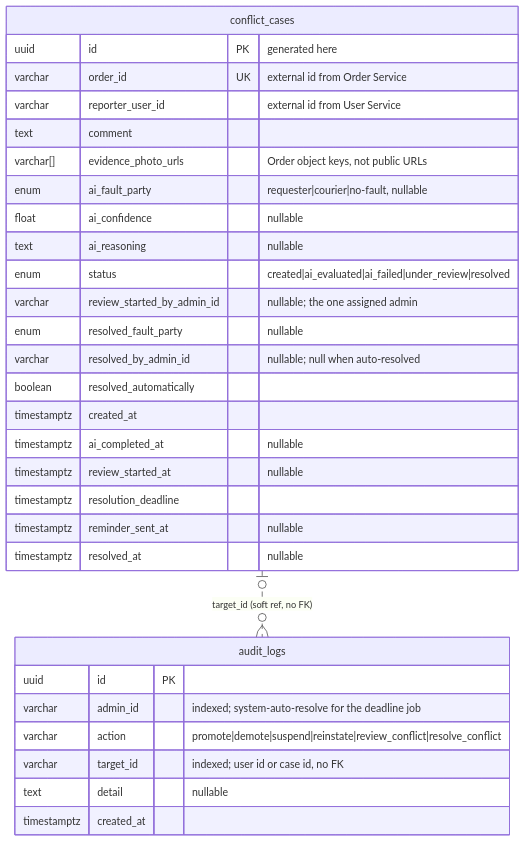
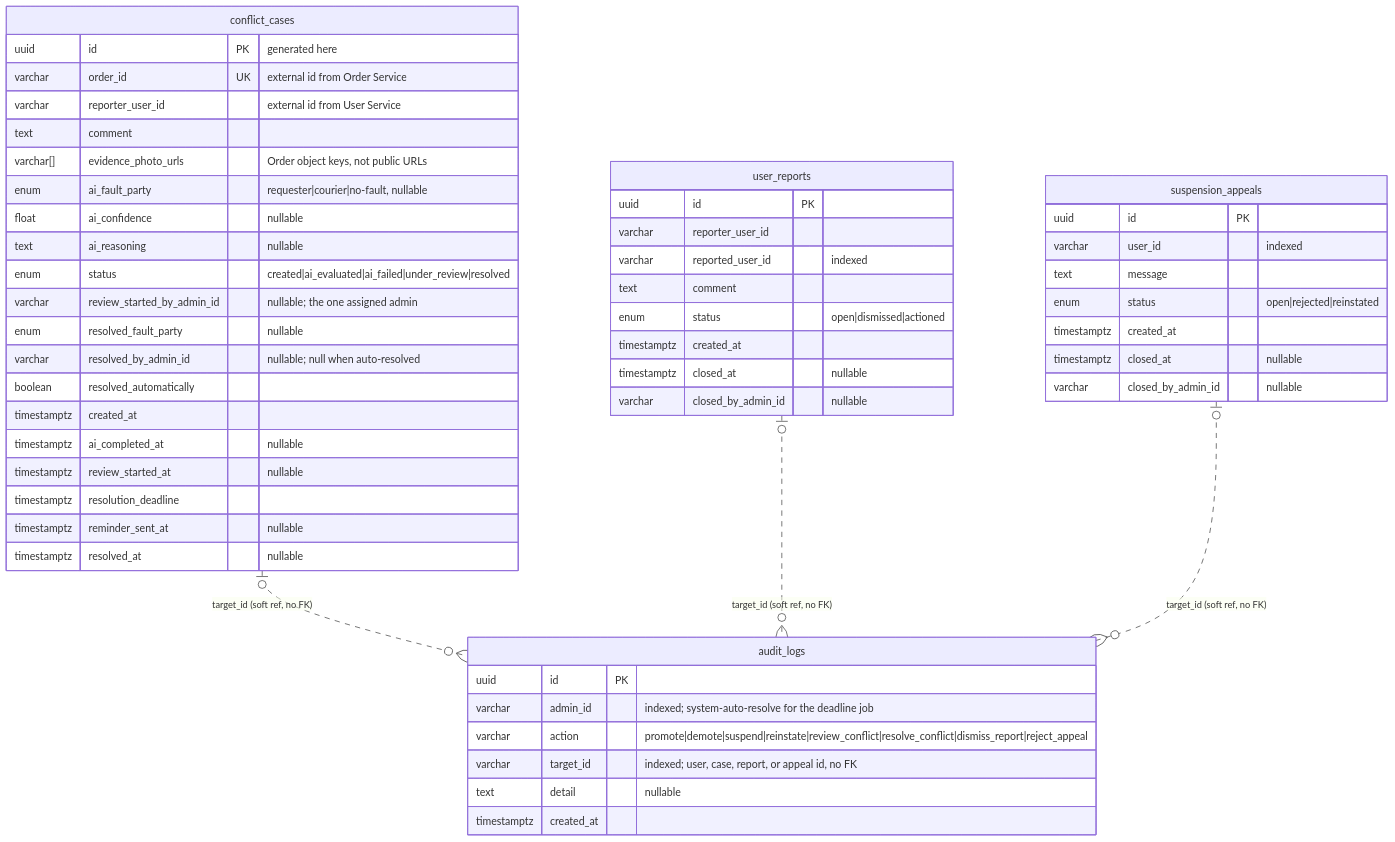
One commit to junngithub/AY2627S1-CS3219-P15 changed the diagram in admin-service/docs/schema.md. Above: the diagram before and after it, drawn with Mermaid. The commit also changed other lines of this file and 12 other files, not shown here.

Commit message:
Implement user suspension appeal

````diff
--- a/admin-service/docs/schema.md
+++ b/admin-service/docs/schema.md
@@ -50,35 +54,58 @@
 ```mermaid
 erDiagram
     conflict_cases |o..o{ audit_logs : "target_id (soft ref, no FK)"
+    user_reports |o..o{ audit_logs : "target_id (soft ref, no FK)"
+    suspension_appeals |o..o{ audit_logs : "target_id (soft ref, no FK)"
 
     conflict_cases {
         uuid        id                          PK "generated here"
         varchar     order_id                    UK "external id from Order Service"
         varchar     reporter_user_id               "external id from User Service"
         text        comment
         varchar[]   evidence_photo_urls            "Order object keys, not public URLs"
         enum        ai_fault_party                 "requester|courier|no-fault, nullable"
         float       ai_confidence                  "nullable"
         text        ai_reasoning                   "nullable"
         enum        status                         "created|ai_evaluated|ai_failed|under_review|resolved"
         varchar     review_started_by_admin_id     "nullable; the one assigned admin"
         enum        resolved_fault_party           "nullable"
         varchar     resolved_by_admin_id           "nullable; null when auto-resolved"
         boolean     resolved_automatically
         timestamptz created_at
         timestamptz ai_completed_at                "nullable"
         timestamptz review_started_at              "nullable"
         timestamptz resolution_deadline
         timestamptz reminder_sent_at               "nullable"
         timestamptz resolved_at                    "nullable"
     }
 
     audit_logs {
         uuid        id            PK
         varchar     admin_id         "indexed; system-auto-resolve for the deadline job"
-        varchar     action           "promote|demote|suspend|reinstate|review_conflict|resolve_conflict"
-        varchar     target_id        "indexed; user id or case id, no FK"
+        varchar     action           "promote|demote|suspend|reinstate|review_conflict|resolve_conflict|dismiss_report|reject_appeal"
+        varchar     target_id        "indexed; user, case, report, or appeal id, no FK"
         text        detail           "nullable"
         timestamptz created_at
     }
+
+    user_reports {
+        uuid        id                   PK
+        varchar     reporter_user_id
+        varchar     reported_user_id        "indexed"
+        text        comment
+        enum        status                  "open|dismissed|actioned"
+        timestamptz created_at
+        timestamptz closed_at               "nullable"
+        varchar     closed_by_admin_id      "nullable"
+    }
+
+    suspension_appeals {
+        uuid        id                   PK
+        varchar     user_id                 "indexed"
+        text        message
+        enum        status                  "open|rejected|reinstated"
+        timestamptz created_at
+        timestamptz closed_at               "nullable"
+        varchar     closed_by_admin_id      "nullable"
+    }
 ```
````
